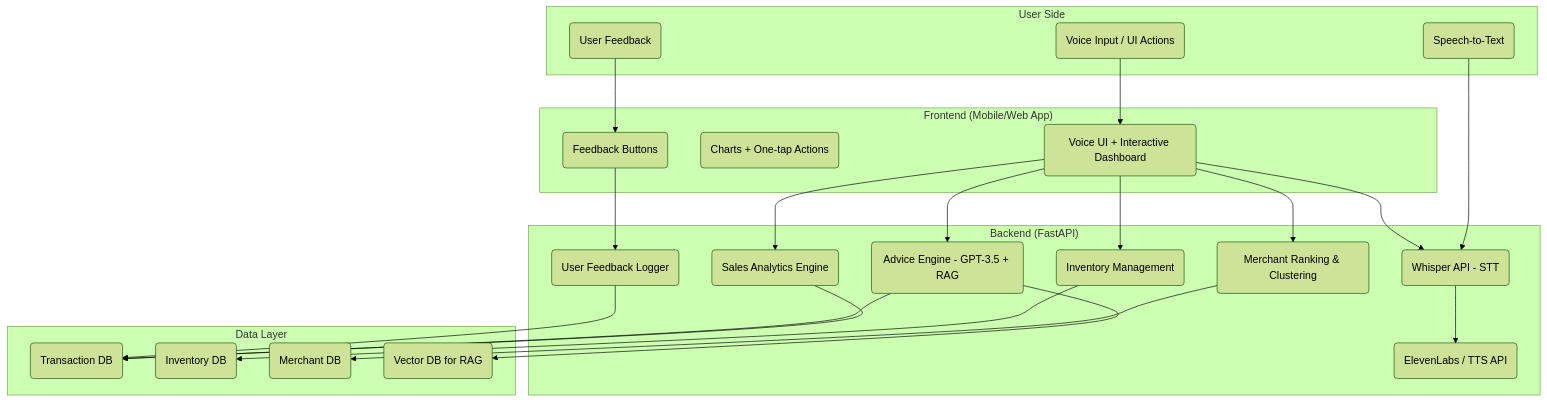
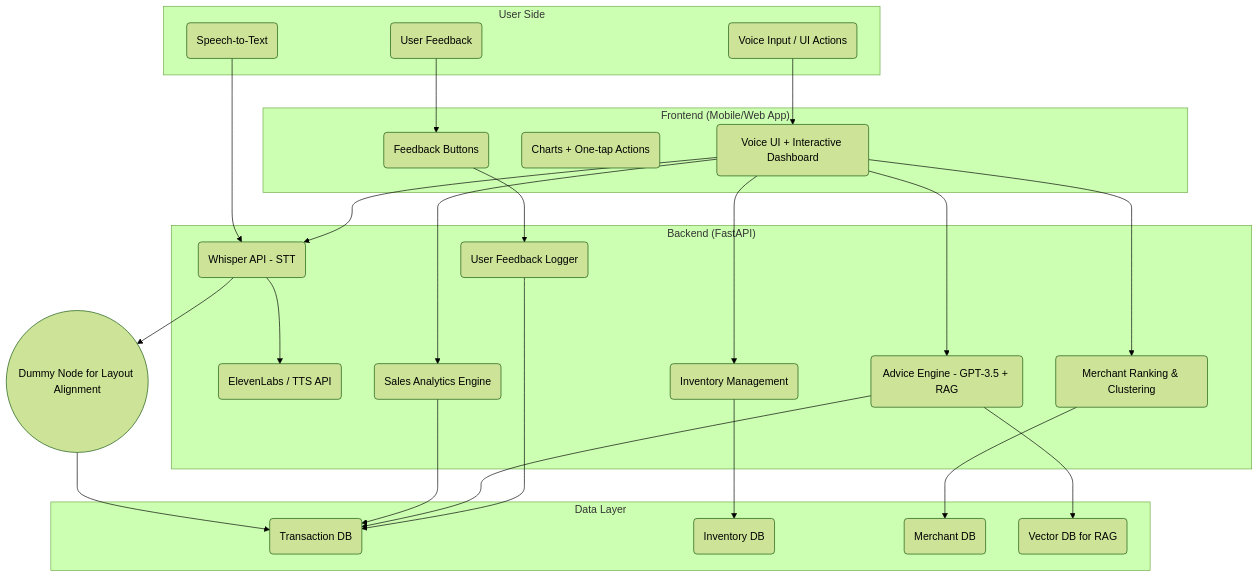
One commit to VinnieTiang/oiia changed the first of 2 diagrams in documentation.md. Above: the diagram before and after it, drawn with Mermaid (forest theme). The commit also changed other lines of this file, not shown here.

Commit message:
Update documentation.md
update architectural diagram alignment

````diff
--- a/documentation.md
+++ b/documentation.md
@@ -33,50 +34,64 @@
 ```mermaid
 graph TD
-  subgraph "User Side"
+
+  %% Subgraph: User Side
+  subgraph User_Side ["User Side"]
     A1(Voice Input / UI Actions)
     A2(Speech-to-Text)
     A3(User Feedback)
   end
 
-  subgraph "Frontend (Mobile/Web App)"
+  %% Subgraph: Frontend
+  subgraph Frontend ["Frontend (Mobile/Web App)"]
     B1(Voice UI + Interactive Dashboard)
     B2(Charts + One-tap Actions)
     B3(Feedback Buttons)
   end
 
-  subgraph "Backend (FastAPI)"
+  %% Subgraph: Backend
+  subgraph Backend ["Backend (FastAPI)"]
     C1(Whisper API - STT)
     C2(ElevenLabs / TTS API)
     C3(Sales Analytics Engine)
     C4(Inventory Management)
     C5(Advice Engine - GPT-3.5 + RAG)
     C6(Merchant Ranking & Clustering)
     C7(User Feedback Logger)
   end
 
-  subgraph "Data Layer"
+  %% Subgraph: Data Layer
+  subgraph Data_Layer ["Data Layer"]
     D1(Transaction DB)
     D2(Inventory DB)
     D3(Merchant DB)
     D4(Vector DB for RAG)
   end
 
+  %% Dummy node to force alignment
+  DUMMY((Dummy Node for Layout Alignment)) 
+
+  %% Connect dummy to Data Layer to force alignment in TD layout
+  C1 --> DUMMY
+  DUMMY --> D1
+
+  %% Original Connections
   A1 --> B1
   A2 --> C1
   A3 --> B3
 
   B1 --> C1
   B1 --> C3
   B1 --> C4
   B1 --> C5
   B1 --> C6
   B3 --> C7
 
   C1 --> C2
   C3 --> D1
   C4 --> D2
   C5 --> D1
   C5 --> D4
   C6 --> D3
   C7 --> D1
+
 ```
````
